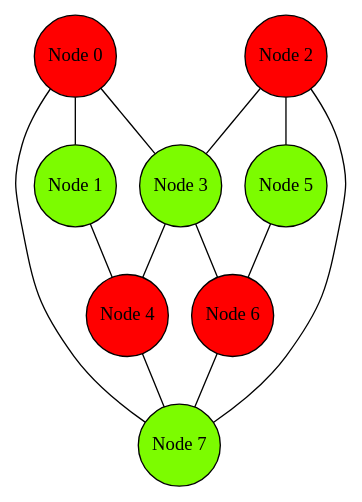
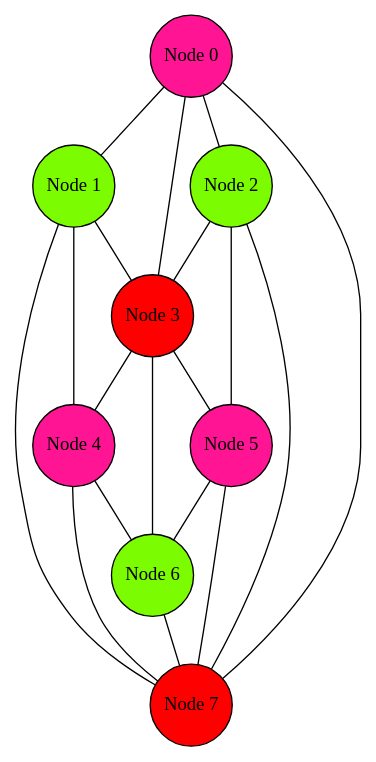
One commit to AlexanderSenchenko/Graph_coloring changed the diagram in graph.gv. Above: the diagram before and after it, drawn with Graphviz. The commit also changed 4 other files, not shown here.

```diff
--- a/graph.gv
+++ b/graph.gv
@@ -1,26 +1,32 @@
 digraph HelloGraph {
 	node [shape="circle", style="filled", margin="0.01"];
 	edge [dir="none"];
 
-	"Node 0" [fillcolor="red"]
+	"Node 0" [fillcolor="deeppink"]
 	"Node 1" [fillcolor="lawngreen"]
-	"Node 2" [fillcolor="red"]
-	"Node 3" [fillcolor="lawngreen"]
-	"Node 4" [fillcolor="red"]
-	"Node 5" [fillcolor="lawngreen"]
-	"Node 6" [fillcolor="red"]
-	"Node 7" [fillcolor="lawngreen"]
+	"Node 2" [fillcolor="lawngreen"]
+	"Node 3" [fillcolor="red"]
+	"Node 4" [fillcolor="deeppink"]
+	"Node 5" [fillcolor="deeppink"]
+	"Node 6" [fillcolor="lawngreen"]
+	"Node 7" [fillcolor="red"]
 
 	"Node 0" -> "Node 1";
+	"Node 0" -> "Node 2";
 	"Node 0" -> "Node 3";
 	"Node 0" -> "Node 7";
+	"Node 1" -> "Node 3";
 	"Node 1" -> "Node 4";
+	"Node 1" -> "Node 7";
 	"Node 2" -> "Node 3";
 	"Node 2" -> "Node 5";
 	"Node 2" -> "Node 7";
 	"Node 3" -> "Node 4";
+	"Node 3" -> "Node 5";
 	"Node 3" -> "Node 6";
+	"Node 4" -> "Node 6";
 	"Node 4" -> "Node 7";
 	"Node 5" -> "Node 6";
+	"Node 5" -> "Node 7";
 	"Node 6" -> "Node 7";
 }
```
